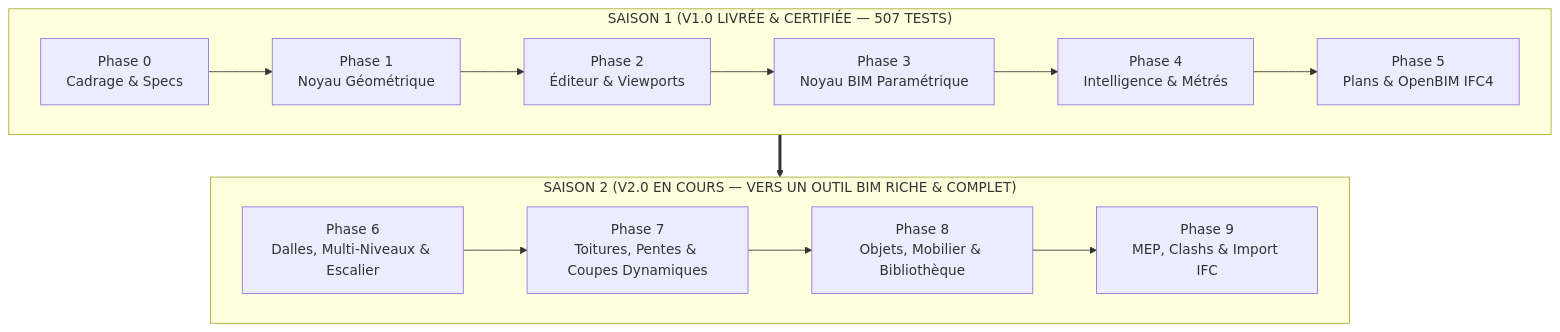
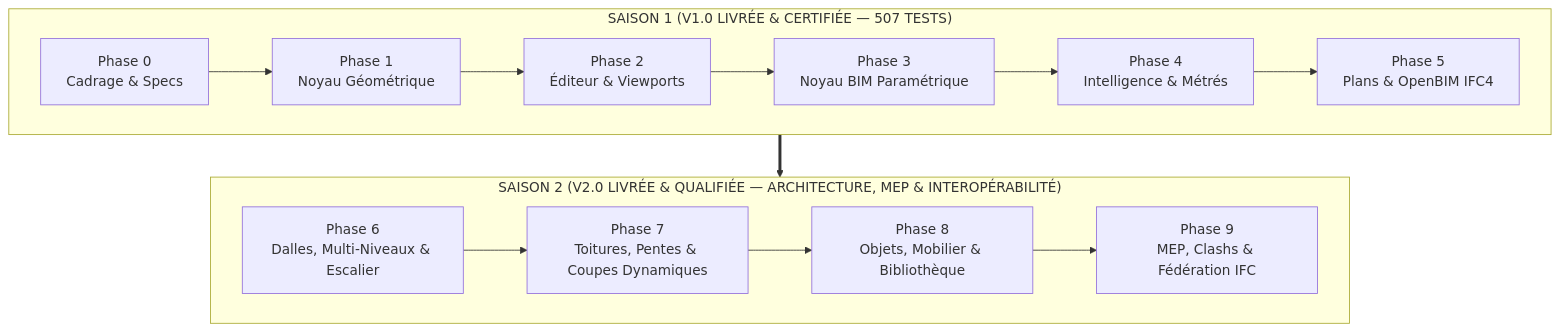
The first of 2 diagrams in ROADMAP.md (mouridoullah/mini-Revit), drawn with Mermaid before and after one commit. The commit also changed other lines of this file and 24 other files, not shown here.

Commit message:
feat(ifc): Phase 9.5 federated IFC underlay, 3D coordination and 9.4.1 geometric hardening

````diff
--- a/ROADMAP.md
+++ b/ROADMAP.md
@@ -13,20 +13,20 @@
 ```mermaid
 flowchart TD
     subgraph S1 ["SAISON 1 (V1.0 LIVRÉE & CERTIFIÉE — 507 TESTS)"]
         direction LR
         P0["Phase 0<br/>Cadrage & Specs"] --> P1["Phase 1<br/>Noyau Géométrique"]
         P1 --> P2["Phase 2<br/>Éditeur & Viewports"]
         P2 --> P3["Phase 3<br/>Noyau BIM Paramétrique"]
         P3 --> P4["Phase 4<br/>Intelligence & Métrés"]
         P4 --> P5["Phase 5<br/>Plans & OpenBIM IFC4"]
     end
 
-    subgraph S2 ["SAISON 2 (V2.0 EN COURS — VERS UN OUTIL BIM RICHE & COMPLET)"]
+    subgraph S2 ["SAISON 2 (V2.0 LIVRÉE & QUALIFIÉE — ARCHITECTURE, MEP & INTEROPÉRABILITÉ)"]
         direction LR
         P6["Phase 6<br/>Dalles, Multi-Niveaux & Escalier"] --> P7["Phase 7<br/>Toitures, Pentes & Coupes Dynamiques"]
         P7 --> P8["Phase 8<br/>Objets, Mobilier & Bibliothèque"]
-        P8 --> P9["Phase 9<br/>MEP, Clashs & Import IFC"]
+        P8 --> P9["Phase 9<br/>MEP, Clashs & Fédération IFC"]
     end
 
     S1 ==> S2
 ```
````
